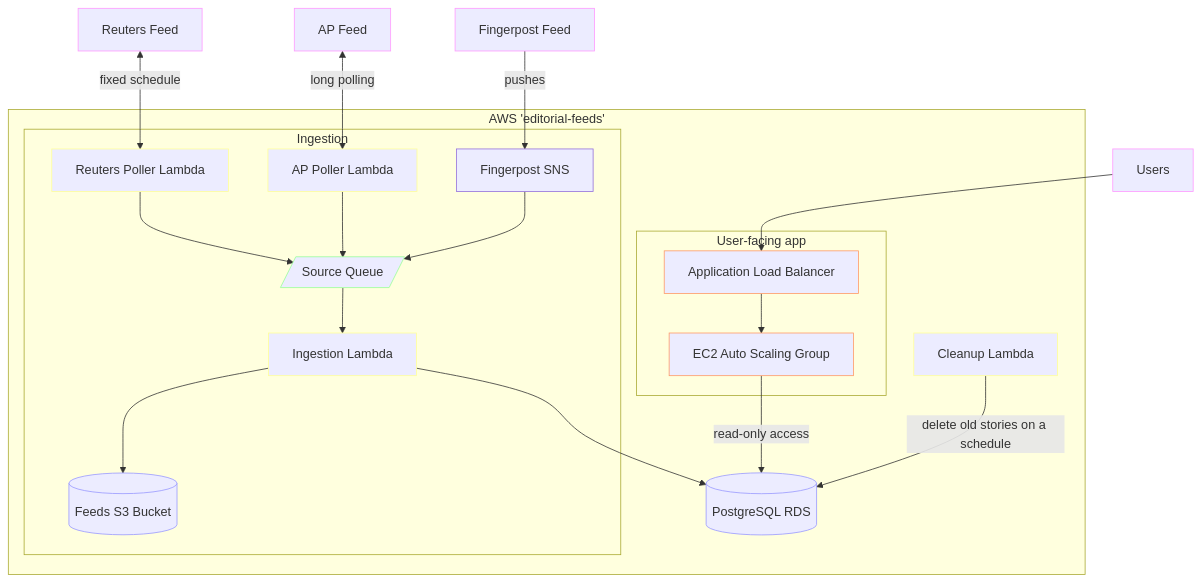
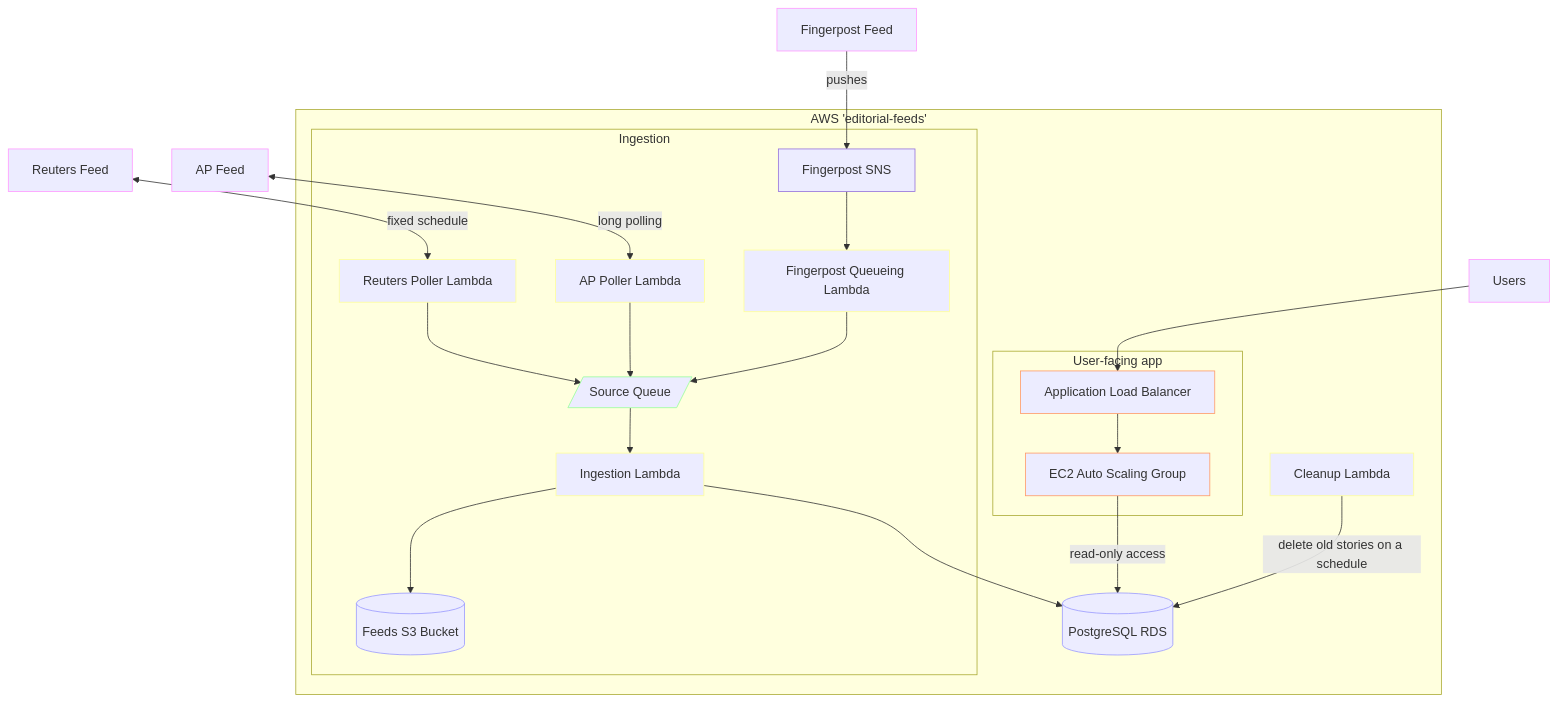
The diagram in README.md (guardian/newswires), drawn with Mermaid before and after one commit.

Commit message:
Update architecture diagram

````diff
--- a/README.md
+++ b/README.md
@@ -54,66 +54,68 @@
 ```mermaid
 graph TB
     %% External Sources
     Reuters[Reuters Feed]
     AP[AP Feed]
     Fingerpost[Fingerpost Feed]
     Users[Users]
 
     subgraph AWS["AWS 'editorial-feeds'"]
         subgraph WritePath["Ingestion"]
             %% Lambda Functions for ingestion
             ReutersPoller[Reuters Poller Lambda]
             APPoller[AP Poller Lambda]
             Ingestion[Ingestion Lambda]
 
             %% Queues and Topics
             FingerpostSNS[Fingerpost SNS]
+            FingerpostQueueingLambda[Fingerpost Queueing Lambda]
             SourceQ[/Source Queue/]
 
             %% Ingestion flows
             ReutersPoller --> SourceQ
             APPoller --> SourceQ
+            FingerpostQueueingLambda --> SourceQ
             SourceQ --> Ingestion
             Ingestion --> FeedsBucket
         end
 
         subgraph ReadPath["User-facing app"]
             %% Web Application
             ASG[EC2 Auto Scaling Group]
             ALB[Application Load Balancer]
 
             %% Read path flows
             ALB --> ASG
         end
 
         %% Shared Resources
         FeedsBucket[(Feeds S3 Bucket)]
         DB[(PostgreSQL RDS)]
         Cleanup[Cleanup Lambda]
 
         %% Shared Resource Flows
         Ingestion --> DB
         ASG -- "read-only access" --> DB
         Cleanup -- "delete old stories on a schedule" --> DB
     end
 
     %% External Data Flows
     Reuters <-- "fixed schedule" --> ReutersPoller
     AP <-- "long polling" --> APPoller
     Fingerpost -- pushes --> FingerpostSNS
-    FingerpostSNS --> SourceQ
+    FingerpostSNS --> FingerpostQueueingLambda
     Users --> ALB
 
     %% Styling
     classDef external stroke:#f9f
     classDef lambda stroke:#ff9
     classDef queue stroke:#9f9
     classDef storage stroke:#99f
     classDef compute stroke:#f96
 
     class Reuters,AP,Fingerpost,Users external
-    class ReutersPoller,APPoller,Ingestion,Cleanup lambda
+    class ReutersPoller,APPoller,Ingestion,Cleanup,FingerpostQueueingLambda lambda
     class SourceQ queue
     class FeedsBucket,DB storage
     class ASG,ALB compute
 ```
````
